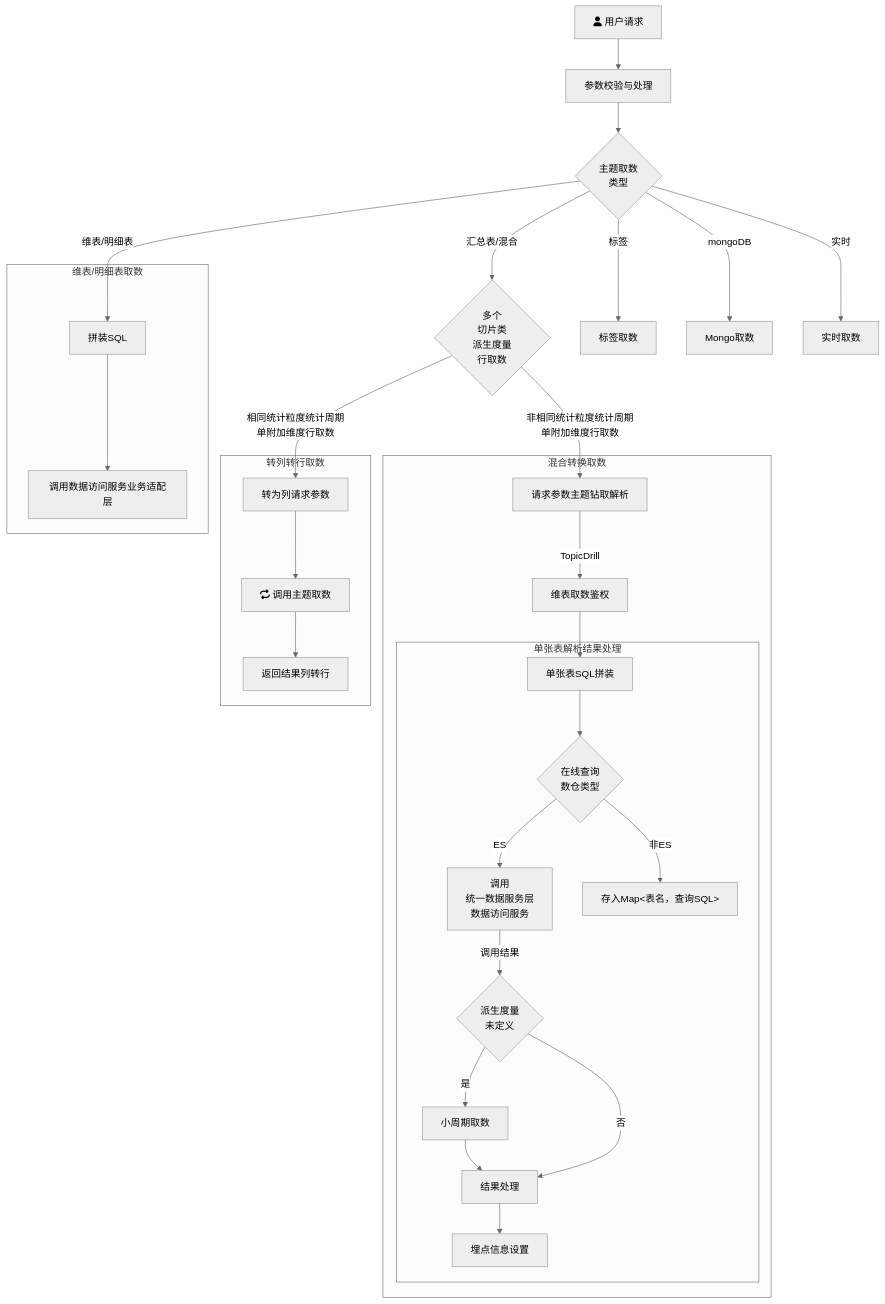
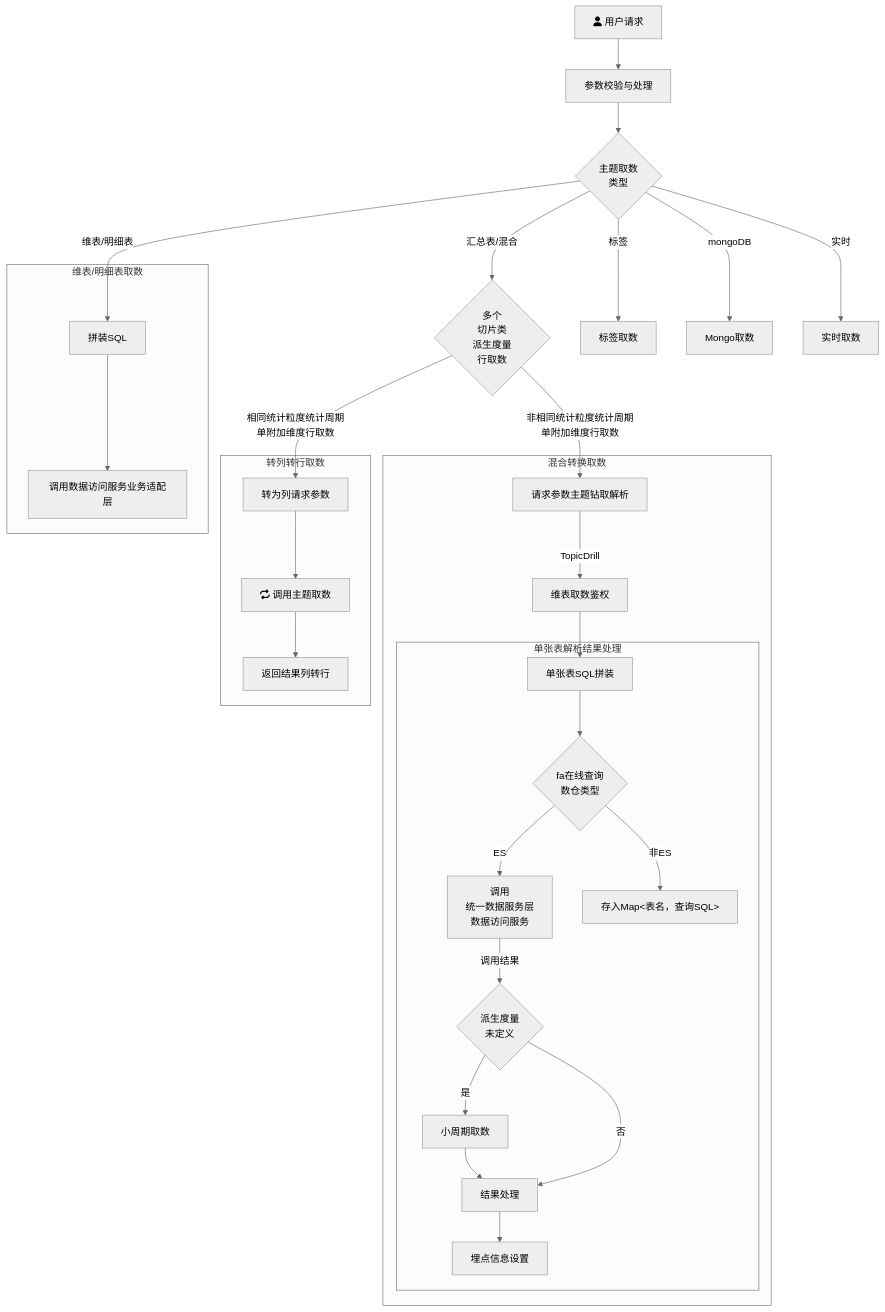
Before and after one commit to yanglosm/iodraw-files: the diagram in all/未命名.md, drawn with Mermaid (neutral theme).

Commit message:
2024-11-29 19:27:35 update

````diff
--- a/all/未命名.md
+++ b/all/未命名.md
@@ -1,26 +1,26 @@
 ```mermaid
 flowchart TD
     A[fa:fa-user 用户请求] -->A1[参数校验与处理] --> B{主题取数\n类型}
     B -->|维表/明细表| D[拼装SQL]
     B -->|汇总表/混合| E{多个\n切片类\n派生度量\n行取数}
     B -->|标签| F[标签取数]
     B -->|mongoDB| G[Mongo取数]
     B -->|实时| H[实时取数]
     E -->|相同统计粒度统计周期\n单附加维度行取数| E1[转为列请求参数]
     E -->|非相同统计粒度统计周期\n单附加维度行取数| T1[请求参数主题钻取解析]
     subgraph 维表/明细表取数
     D-->D1[调用数据访问服务业务适配层]
     end
     subgraph 转列转行取数
     E1-->E11[fa:fa-repeat 调用主题取数]-->E12[返回结果列转行]
     end
     subgraph 混合转换取数
     T1-->|TopicDrill| T2[维表取数鉴权] --> T31[单张表SQL拼装]
         subgraph 单张表解析结果处理
-        T31 --> T4{在线查询\n数仓类型}-->|ES|T32[调用\n统一数据服务层\n数据访问服务] --> |调用结果|T33{派生度量\n未定义}
+        T31 --> T4{fa在线查询\n数仓类型}-->|ES|T32[调用\n统一数据服务层\n数据访问服务] --> |调用结果|T33{派生度量\n未定义}
         T33 --> |是|T33_1[小周期取数]-->T34[结果处理]-->T35[埋点信息设置]
         T33 --> |否|T34
         T4 --> |非ES|T41["存入Map<表名，查询SQL>"]
         end
     end
 ```
````
